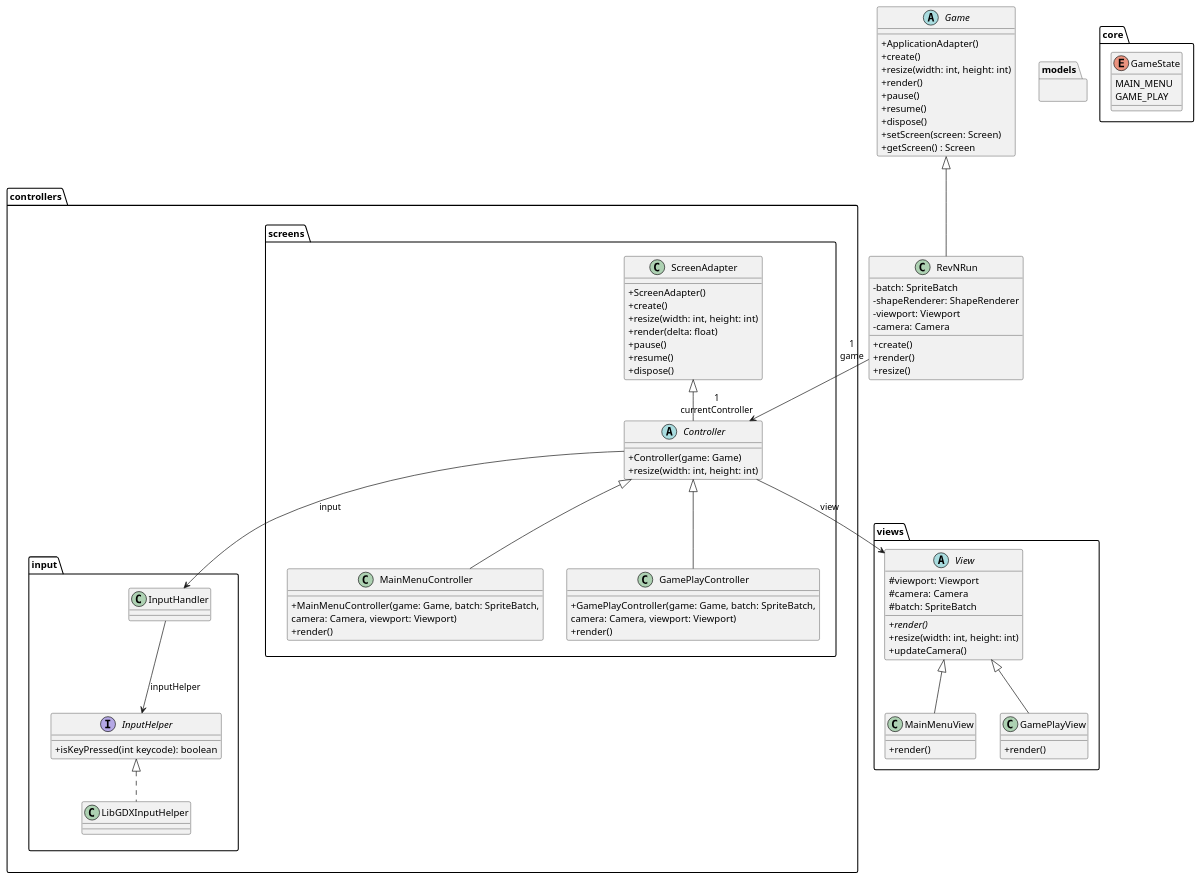
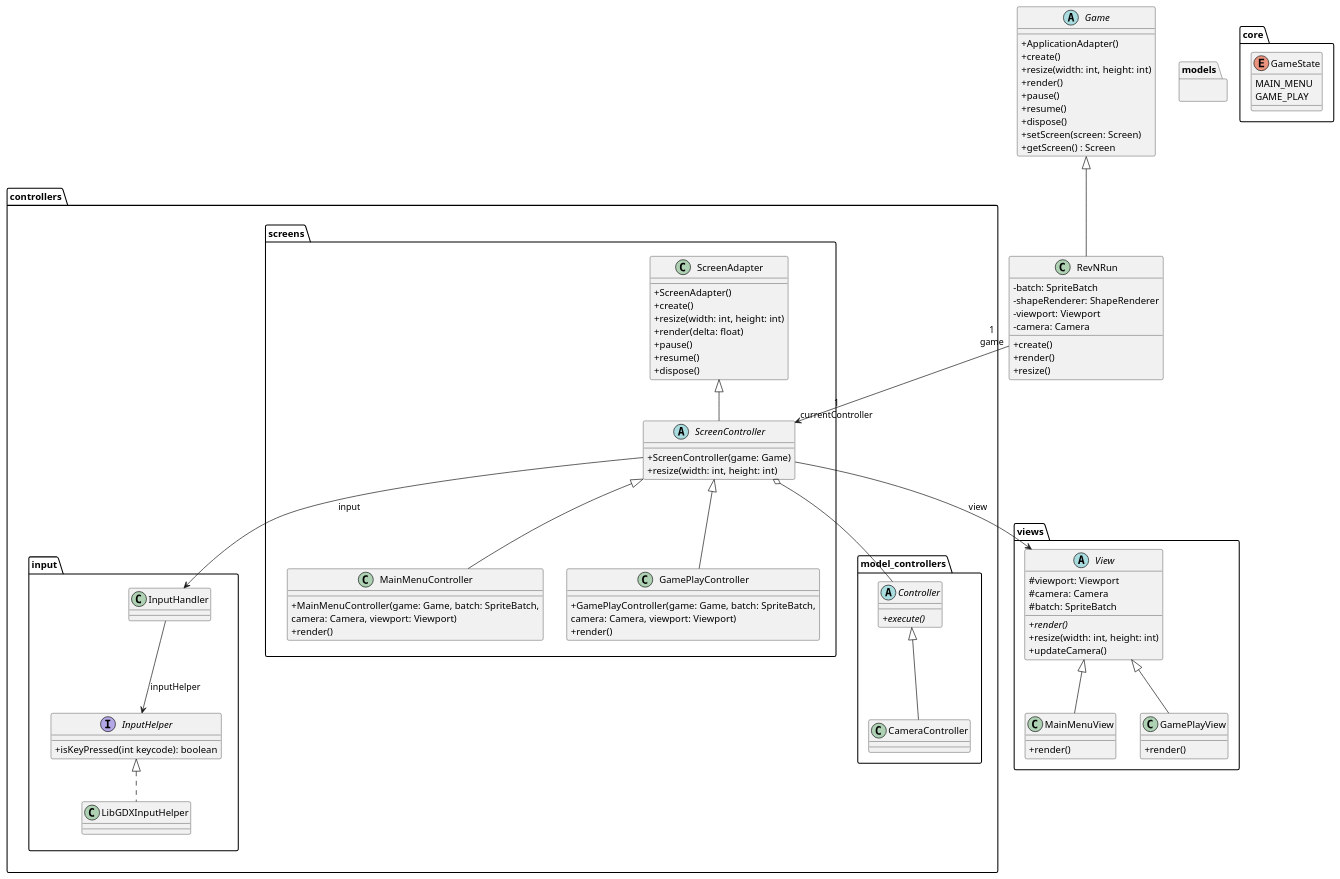
One commit to Rev-N-Run/rev-n-run changed the diagram in diagrams/uml/MVC.puml. Above: the diagram before and after it, drawn with PlantUML. The commit also changed 9 other files, not shown here.

```diff
--- a/diagrams/uml/MVC.puml
+++ b/diagrams/uml/MVC.puml
@@ -1,111 +1,122 @@
 @startuml
 skinparam classAttributeIconSize 0
 
 abstract class Game {
     + ApplicationAdapter()
     + create()
     + resize(width: int, height: int)
     + render()
     + pause()
     + resume()
     + dispose()
     + setScreen(screen: Screen)
     + getScreen() : Screen
 }
 
 
 class RevNRun extends Game {
     - batch: SpriteBatch
     - shapeRenderer: ShapeRenderer
     - viewport: Viewport
     - camera: Camera
 
     + create()
     + render()
     + resize()
 }
 
 package controllers {
     package screens {
         class ScreenAdapter {
             + ScreenAdapter()
             + create()
             + resize(width: int, height: int)
             + render(delta: float)
             + pause()
             + resume()
             + dispose()
         }
 
-        abstract class Controller extends ScreenAdapter {
-            + Controller(game: Game)
+        abstract class ScreenController extends ScreenAdapter {
+            + ScreenController(game: Game)
             + resize(width: int, height: int)
         }
 
-        class MainMenuController extends Controller {
+        class MainMenuController extends ScreenController {
             + MainMenuController(game: Game, batch: SpriteBatch,
                 camera: Camera, viewport: Viewport)
             + render()
         }
 
-        class GamePlayController extends Controller {
+        class GamePlayController extends ScreenController {
             + GamePlayController(game: Game, batch: SpriteBatch,
                 camera: Camera, viewport: Viewport)
             + render()
+        }
+    }
+
+    package model_controllers {
+        abstract class Controller {
+            + {abstract} execute()
+        }
+
+        class CameraController extends Controller {
+
         }
     }
 
     package input {
         interface InputHelper {
             + isKeyPressed(int keycode): boolean
         }
 
         class LibGDXInputHelper implements InputHelper {
 
         }
 
         class InputHandler {
 
         }
     }
 }
 
 package views {
     abstract class View {
         # viewport: Viewport
         # camera: Camera
         # batch: SpriteBatch
 
         + {abstract} render()
         + resize(width: int, height: int)
         + updateCamera()
     }
 
     class MainMenuView extends View{
         +render()
     }
 
     class GamePlayView extends View {
         +render()
     }
 }
 
 package models {
 
 }
 
 package core {
     enum GameState {
         MAIN_MENU
         GAME_PLAY
     }
 }
 
-RevNRun "1\ngame" --> "1\ncurrentController" Controller
-Controller --> View : view
-Controller --> InputHandler : input
+RevNRun "1\ngame" --> "1\ncurrentController" ScreenController
+ScreenController --> View : view
+ScreenController --> InputHandler : input
 InputHandler --> InputHelper : inputHelper
+ScreenController o-- Controller
 
 input -[hidden]right- screens
 
 @enduml
```
